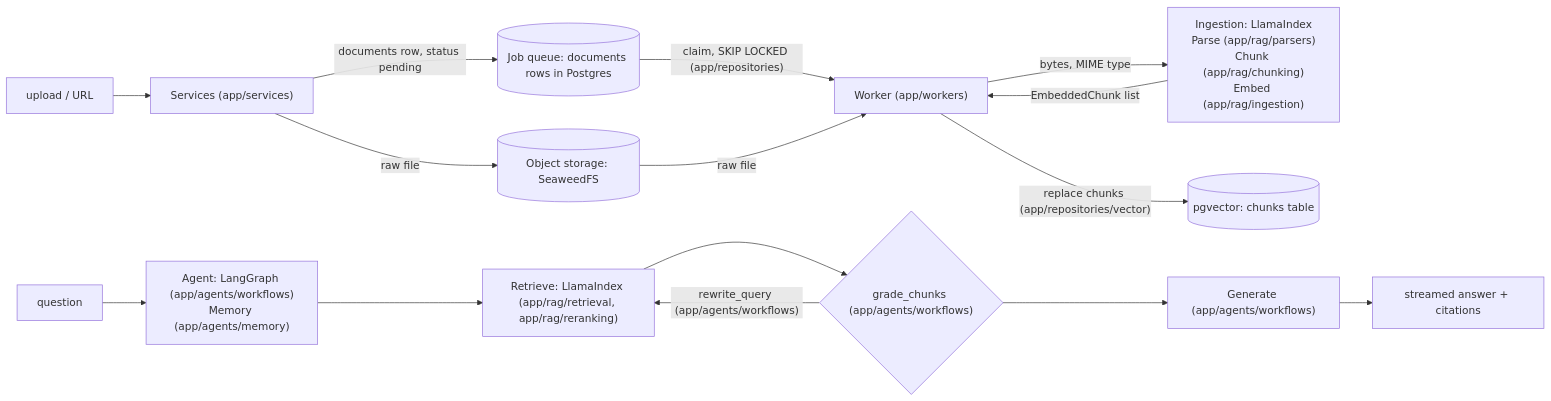
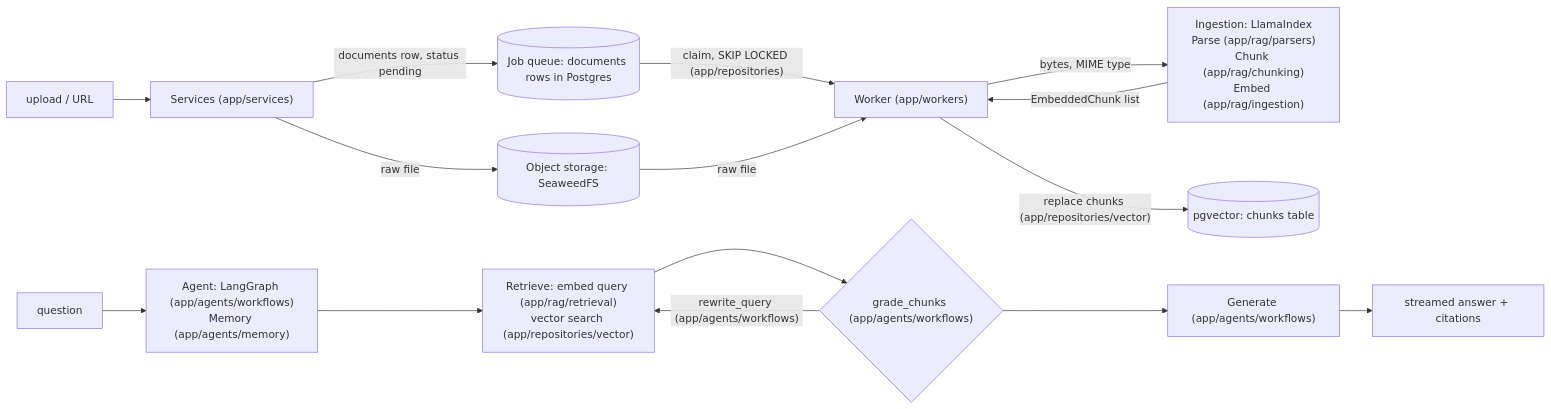
The diagram in docs/architecture/overview.md (JosephSuyam/ragidy), drawn with Mermaid before and after one commit. The commit also changed other lines of this file and 5 other files, not shown here.

````diff
--- a/docs/architecture/overview.md
+++ b/docs/architecture/overview.md
@@ -7,13 +7,13 @@
 ```mermaid
 flowchart LR
   src["upload / URL"] --> svc["Services (app/services)"]
   svc -->|"raw file"| objstore[("Object storage: SeaweedFS")]
   svc -->|"documents row, status pending"| queue[("Job queue: documents rows in Postgres")]
   queue -->|"claim, SKIP LOCKED (app/repositories)"| worker["Worker (app/workers)"]
   objstore -->|"raw file"| worker
   worker -->|"bytes, MIME type"| ingest["Ingestion: LlamaIndex<br/>Parse (app/rag/parsers)<br/>Chunk (app/rag/chunking)<br/>Embed (app/rag/ingestion)"]
   ingest -->|"EmbeddedChunk list"| worker
   worker -->|"replace chunks (app/repositories/vector)"| pg[("pgvector: chunks table")]
-  q["question"] --> agent["Agent: LangGraph (app/agents/workflows)<br/>Memory (app/agents/memory)"] --> retrieve["Retrieve: LlamaIndex (app/rag/retrieval, app/rag/reranking)"] --> grade{"grade_chunks (app/agents/workflows)"} --> generate["Generate (app/agents/workflows)"] --> out["streamed answer + citations"]
+  q["question"] --> agent["Agent: LangGraph (app/agents/workflows)<br/>Memory (app/agents/memory)"] --> retrieve["Retrieve: embed query (app/rag/retrieval)<br/>vector search (app/repositories/vector)"] --> grade{"grade_chunks (app/agents/workflows)"} --> generate["Generate (app/agents/workflows)"] --> out["streamed answer + citations"]
   grade -->|"rewrite_query (app/agents/workflows)"| retrieve
 ```
````
